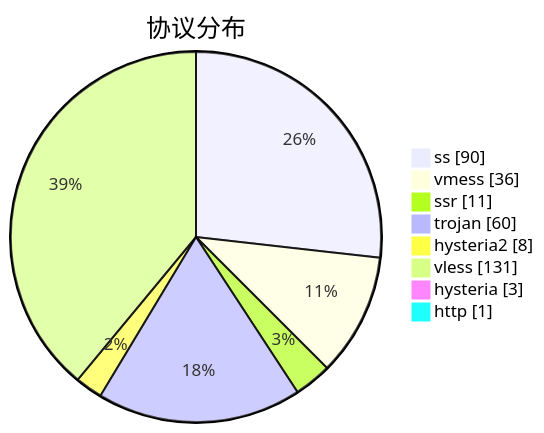
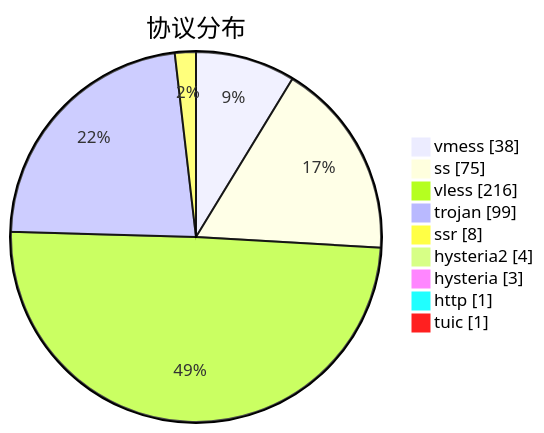
One commit to sinspired/airport changed the third of 3 diagrams in subs/statistics/tested_within.md. Above: the diagram before and after it, drawn with Mermaid. The commit also changed other lines of this file and 2 other files, not shown here.

````diff
--- a/subs/statistics/tested_within.md
+++ b/subs/statistics/tested_within.md
@@ -63,12 +63,13 @@
 ```mermaid
 pie showData
 title 协议分布
-"ss" : 90
-"vmess" : 36
-"ssr" : 11
-"trojan" : 60
-"hysteria2" : 8
-"vless" : 131
+"vmess" : 38
+"ss" : 75
+"vless" : 216
+"trojan" : 99
+"ssr" : 8
+"hysteria2" : 4
 "hysteria" : 3
 "http" : 1
+"tuic" : 1
 ```
````
